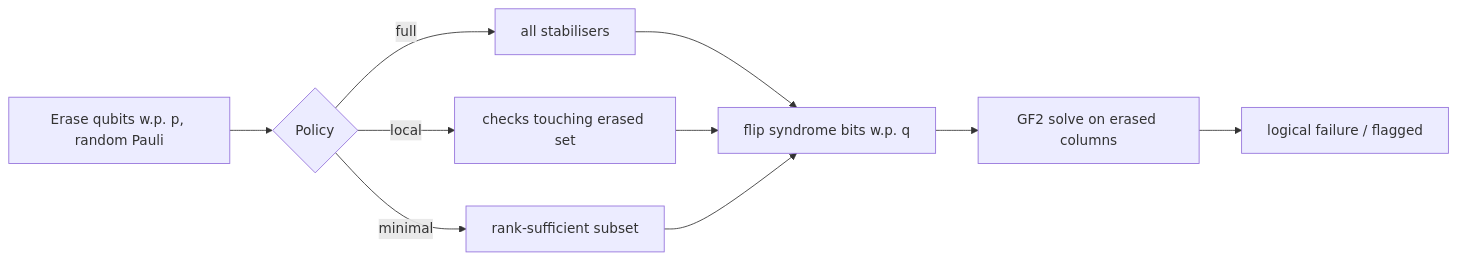
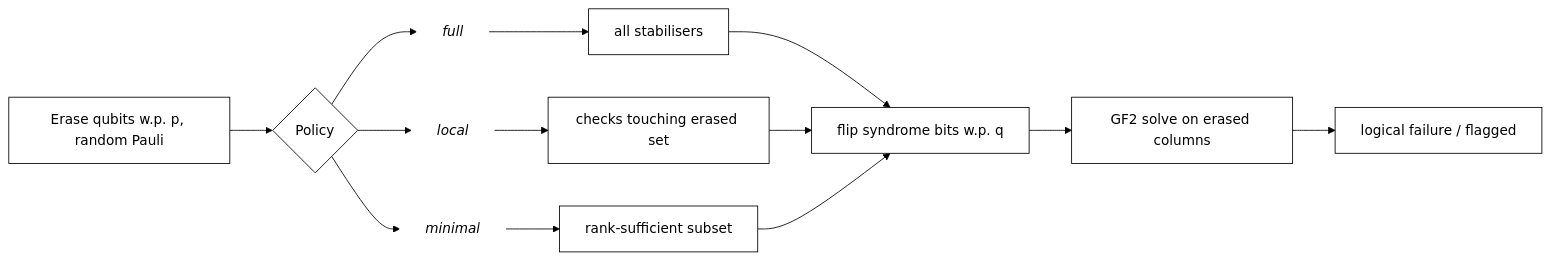
Before and after one commit to pradeepdegalaroyal/erasure-local-stabiliser-measurements: the diagram in README.md, drawn with Mermaid. The commit also changed other lines of this file and 2 other files, not shown here.

Commit message:
Docs: spell out abbreviations at first use; diagram labels beside arrows

````diff
--- a/README.md
+++ b/README.md
@@ -11,10 +11,16 @@
 ```mermaid
+%%{init: {'theme': 'base', 'themeVariables': {'primaryColor': '#ffffff', 'primaryTextColor': '#000000', 'primaryBorderColor': '#000000', 'lineColor': '#000000', 'secondaryColor': '#ffffff', 'tertiaryColor': '#ffffff', 'background': '#ffffff', 'noteBkgColor': '#ffffff', 'noteTextColor': '#000000', 'actorBkg': '#ffffff', 'actorBorder': '#000000', 'actorTextColor': '#000000', 'signalColor': '#000000', 'signalTextColor': '#000000', 'labelBoxBkgColor': '#ffffff', 'labelTextColor': '#000000', 'clusterBkg': '#ffffff', 'clusterBorder': '#000000'}}}%%
 flowchart LR
-  A[Erase qubits w.p. p, random Pauli] --> B{Policy}
-  B -->|full| C[all stabilisers]
-  B -->|local| D[checks touching erased set]
-  B -->|minimal| E[rank-sufficient subset]
-  C & D & E --> F[flip syndrome bits w.p. q]
-  F --> G[GF2 solve on erased columns]
-  G --> H[logical failure / flagged]
+  A["Erase qubits w.p. p, random Pauli"] --> B{Policy}
+  B --> EL1["full"]
+  EL1 --> C["all stabilisers"]
+  B --> EL2["local"]
+  EL2 --> D["checks touching erased set"]
+  B --> EL3["minimal"]
+  EL3 --> E["rank-sufficient subset"]
+  C & D & E --> F["flip syndrome bits w.p. q"]
+  F --> G["GF2 solve on erased columns"]
+  G --> H["logical failure / flagged"]
+  classDef lbl fill:#ffffff,stroke:#ffffff,color:#000000,font-style:italic;
+  class EL1,EL2,EL3 lbl;
 ```
````
